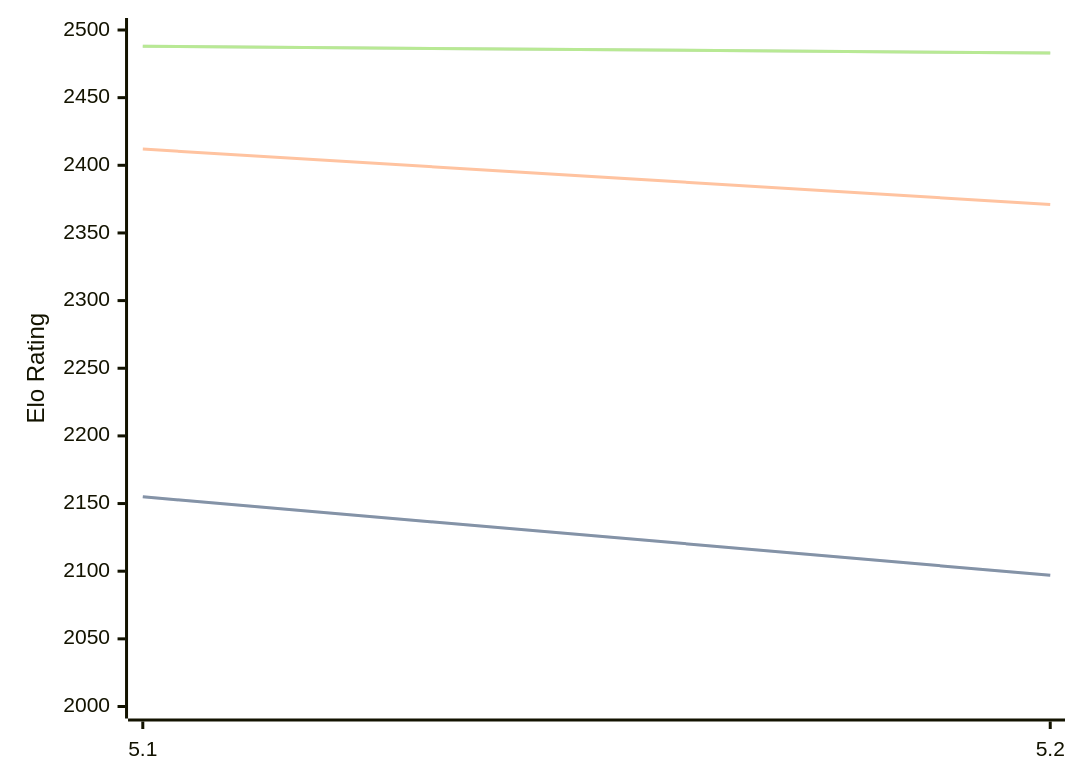
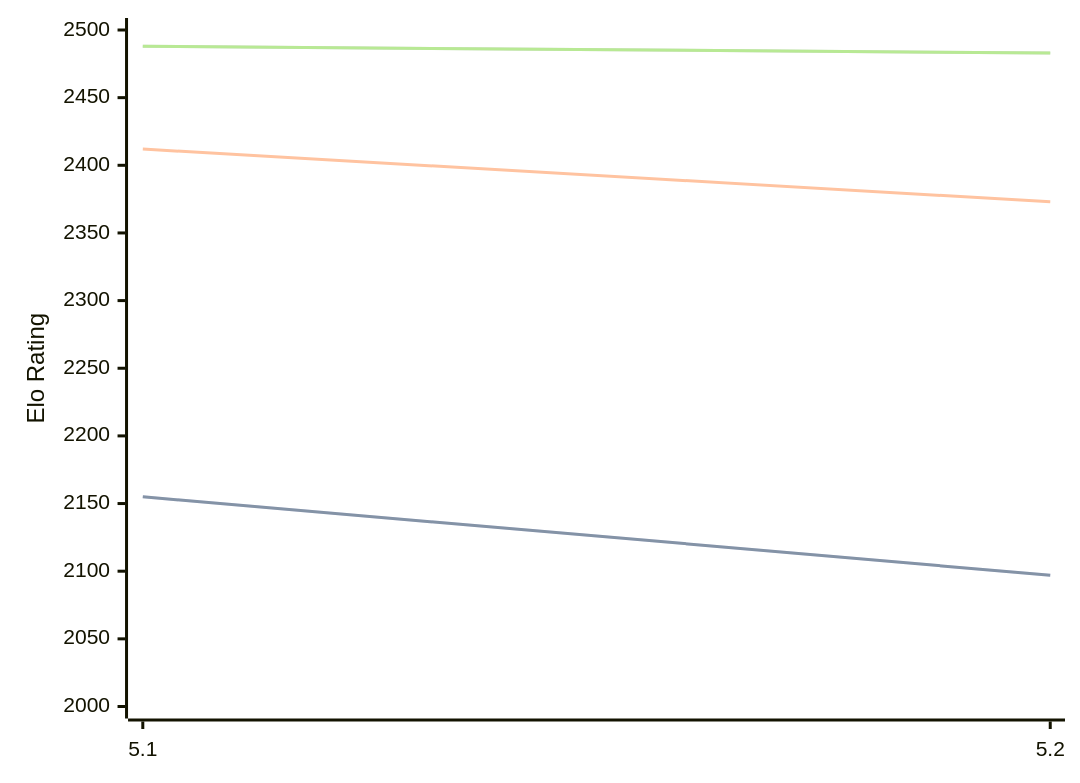
Before and after one commit to computer-chess-index/cci: the diagram in engines/Prophet.md, drawn with Mermaid. The commit also changed other lines of this file, not shown here.

````diff
--- a/engines/Prophet.md
+++ b/engines/Prophet.md
@@ -32,11 +32,11 @@
 ```mermaid
 %%{init: {"theme":"base","themeVariables":{"seriesColors:['#a3a3a3','#222221','#faa371']}}}%%
 xychart-beta
   x-axis ["5.1", "5.2"]
   y-axis "Elo Rating" 2000 --> 2500
   line "STC (8.0+0.08s)" [2155, 2097]
   line "STC (8.0+0.08s)" [2155, 2097]
-  line "LTC (60.0+0.60s)" [2412, 2371]
+  line "LTC (60.0+0.60s)" [2412, 2373]
   line "VLTC (2m24s+1.12s)" [2488, 2483]
   line "VLTC (2m24s+1.12s)" [2488, 2483]
 ```
````
